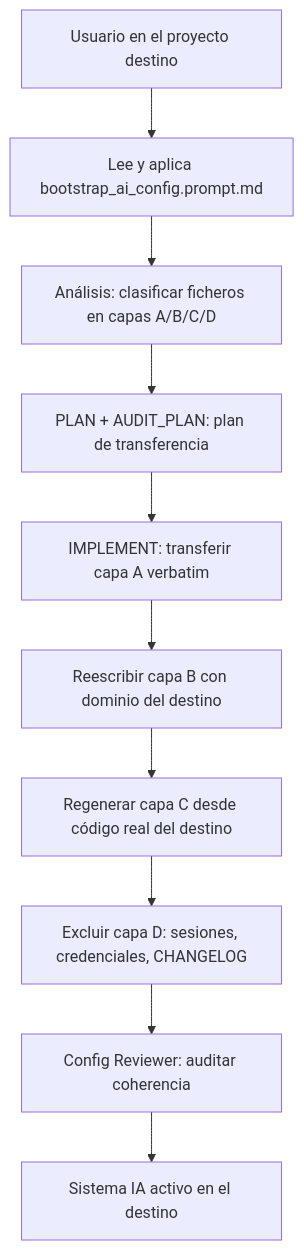
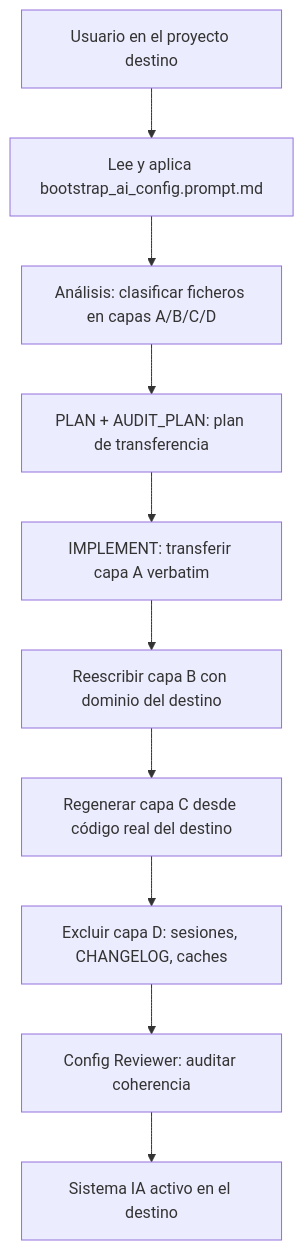
One commit to fmanza/doc_ia changed the diagram in docs/functional/bootstrap.md. Above: the diagram before and after it, drawn with Mermaid. The commit also changed other lines of this file and 30 other files, not shown here.

````diff
--- a/docs/functional/bootstrap.md
+++ b/docs/functional/bootstrap.md
@@ -31,12 +32,12 @@
 ```mermaid
 flowchart TD
     U[Usuario en el proyecto destino] --> B[Lee y aplica bootstrap_ai_config.prompt.md]
     B --> A[Análisis: clasificar ficheros en capas A/B/C/D]
     A --> P[PLAN + AUDIT_PLAN: plan de transferencia]
     P --> T[IMPLEMENT: transferir capa A verbatim]
     T --> R[Reescribir capa B con dominio del destino]
     R --> G[Regenerar capa C desde código real del destino]
-    G --> X[Excluir capa D: sesiones, credenciales, CHANGELOG]
+    G --> X[Excluir capa D: sesiones, CHANGELOG, caches]
     X --> CR[Config Reviewer: auditar coherencia]
     CR --> D[Sistema IA activo en el destino]
 ```
````
